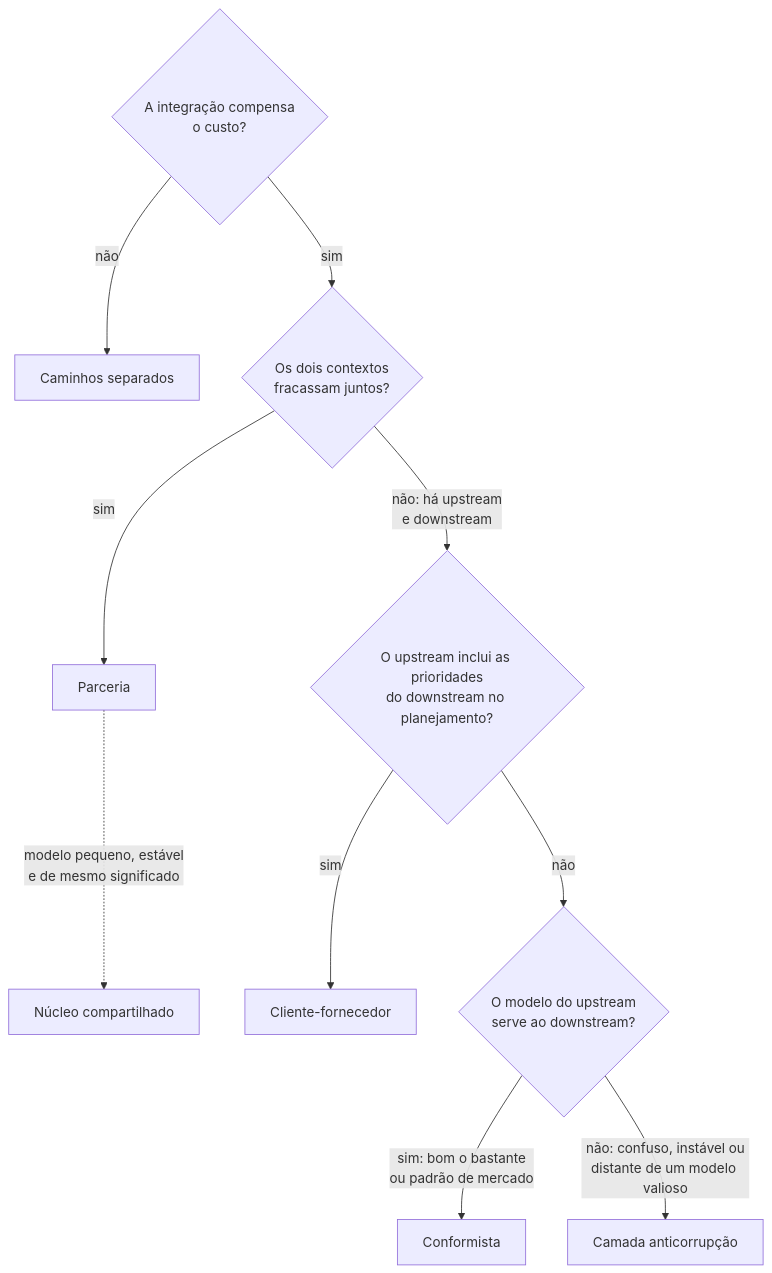
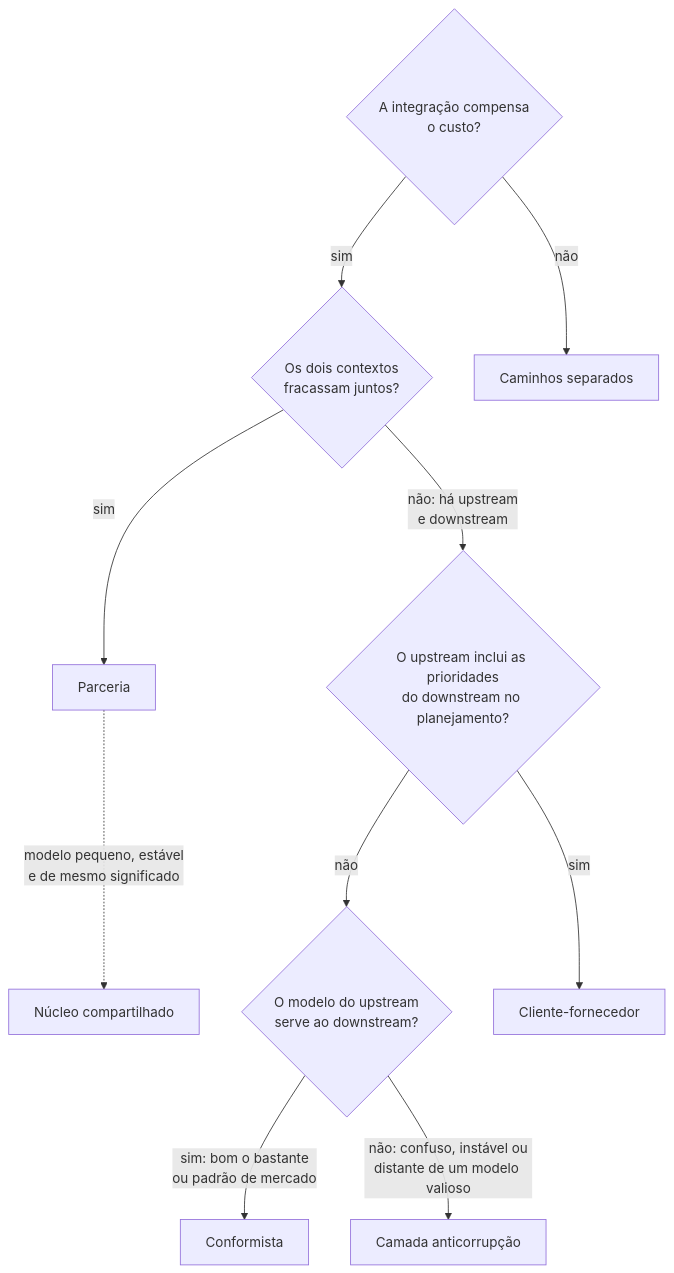
The first of 4 diagrams in README.md (sidartaoss/mapeamento-de-contextos-com-ddd), drawn with Mermaid before and after one commit.

Commit message:
docs: reorganiza o fluxograma de escolha dos padrões
Reordena os ramos do fluxograma da seção 6 para que o nó da camada
anticorrupção não fique sob os controles de zoom do visualizador de
diagramas do GitHub.

````diff
--- a/README.md
+++ b/README.md
@@ -168,12 +168,12 @@
 ```mermaid
 flowchart TD
-    Q1{"A integração compensa<br/>o custo?"} -->|não| SW["Caminhos separados"]
-    Q1 -->|sim| Q2{"Os dois contextos<br/>fracassam juntos?"}
+    Q1{"A integração compensa<br/>o custo?"} -->|sim| Q2{"Os dois contextos<br/>fracassam juntos?"}
+    Q1 -->|não| SW["Caminhos separados"]
+    Q2 -->|"não: há upstream<br/>e downstream"| Q3{"O upstream inclui as prioridades<br/>do downstream no planejamento?"}
     Q2 -->|sim| P["Parceria"]
     P -.->|"modelo pequeno, estável<br/>e de mesmo significado"| SK["Núcleo compartilhado"]
-    Q2 -->|"não: há upstream<br/>e downstream"| Q3{"O upstream inclui as prioridades<br/>do downstream no planejamento?"}
+    Q3 -->|não| Q4{"O modelo do upstream<br/>serve ao downstream?"}
     Q3 -->|sim| CS["Cliente-fornecedor"]
-    Q3 -->|não| Q4{"O modelo do upstream<br/>serve ao downstream?"}
     Q4 -->|"sim: bom o bastante<br/>ou padrão de mercado"| CF["Conformista"]
     Q4 -->|"não: confuso, instável ou<br/>distante de um modelo valioso"| ACL["Camada anticorrupção"]
 ```
````
